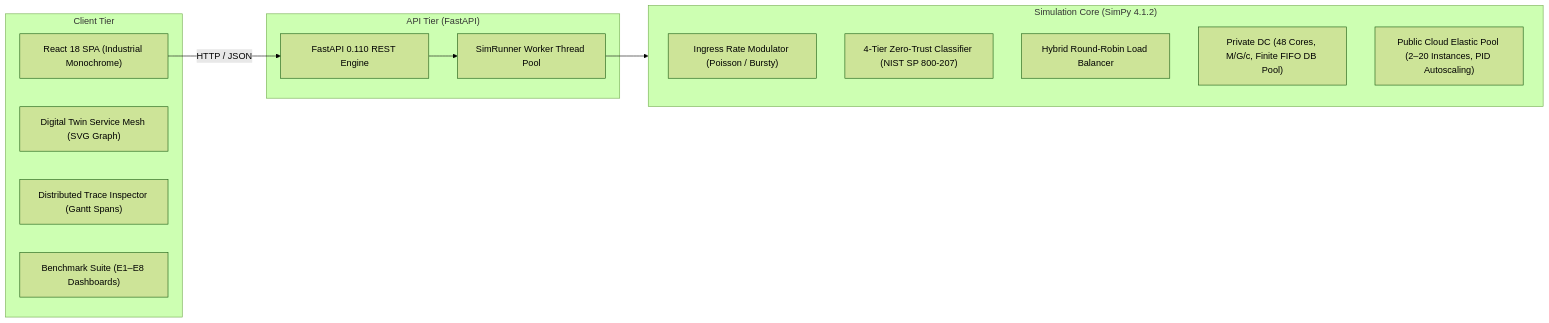
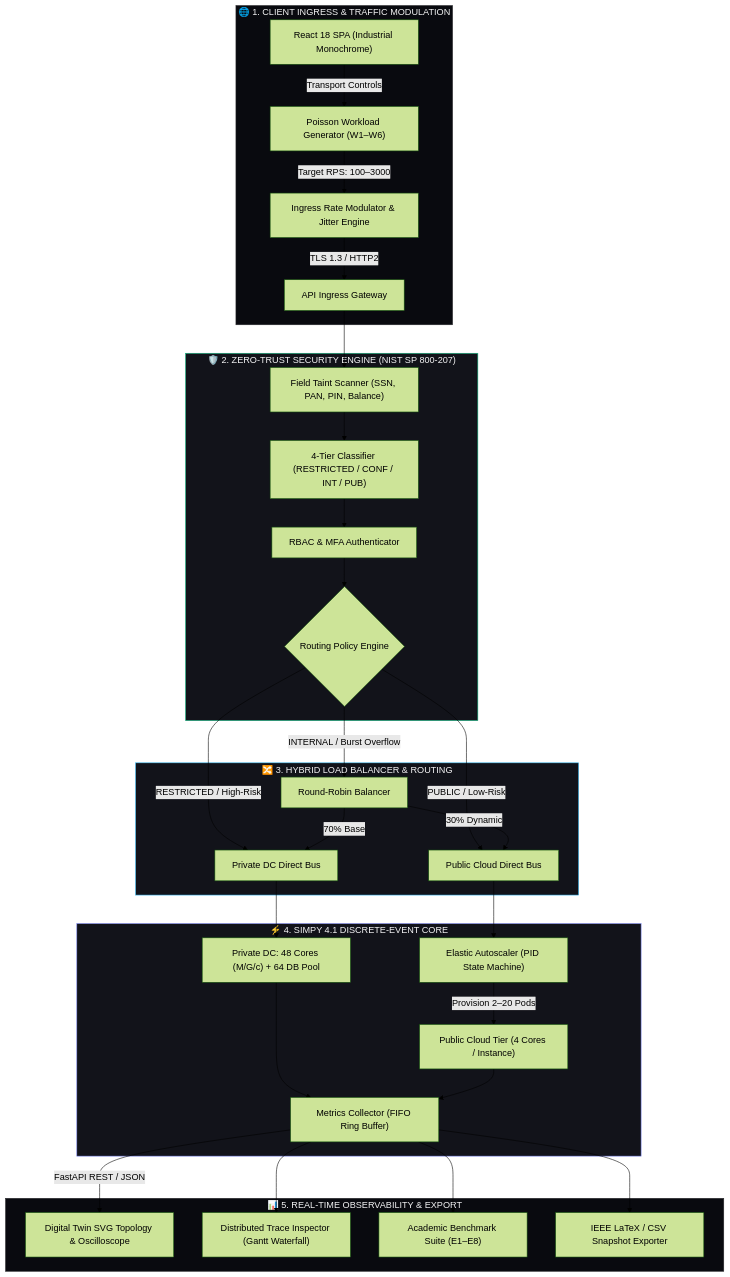
One commit to dhruv08varaiya/CC-Cipat changed the diagram in README.md. Above: the diagram before and after it, drawn with Mermaid (forest theme). The commit also changed other lines of this file, not shown here.

````diff
--- a/README.md
+++ b/README.md
@@ -11,26 +47,44 @@
 ```mermaid
-flowchart LR
-    subgraph Client["Client Tier"]
-        UI["React 18 SPA (Industrial Monochrome)"]
-        DT["Digital Twin Service Mesh (SVG Graph)"]
-        TR["Distributed Trace Inspector (Gantt Spans)"]
-        EXP["Benchmark Suite (E1–E8 Dashboards)"]
+flowchart TD
+    subgraph INGRESS["🌐 1. CLIENT INGRESS & TRAFFIC MODULATION"]
+        UI["React 18 SPA (Industrial Monochrome)"] -->|Transport Controls| GEN["Poisson Workload Generator (W1–W6)"]
+        GEN -->|Target RPS: 100–3000| MOD["Ingress Rate Modulator & Jitter Engine"]
+        MOD -->|TLS 1.3 / HTTP2| GW["API Ingress Gateway"]
     end
 
-    subgraph Server["API Tier (FastAPI)"]
-        API["FastAPI 0.110 REST Engine"]
-        SR["SimRunner Worker Thread Pool"]
+    subgraph SECURITY["🛡️ 2. ZERO-TRUST SECURITY ENGINE (NIST SP 800-207)"]
+        GW --> TAINT["Field Taint Scanner (SSN, PAN, PIN, Balance)"]
+        TAINT --> CLASSIFIER["4-Tier Classifier (RESTRICTED / CONF / INT / PUB)"]
+        CLASSIFIER --> RBAC["RBAC & MFA Authenticator"]
+        RBAC --> ROUTE_DECISION{"Routing Policy Engine"}
     end
 
-    subgraph Core["Simulation Core (SimPy 4.1.2)"]
-        ING["Ingress Rate Modulator (Poisson / Bursty)"]
-        SEC["4-Tier Zero-Trust Classifier (NIST SP 800-207)"]
-        ROU["Hybrid Round-Robin Load Balancer"]
-        PRI["Private DC (48 Cores, M/G/c, Finite FIFO DB Pool)"]
-        PUB["Public Cloud Elastic Pool (2–20 Instances, PID Autoscaling)"]
+    subgraph ROUTING["🔀 3. HYBRID LOAD BALANCER & ROUTING"]
+        ROUTE_DECISION -->|RESTRICTED / High-Risk| PRIV_ROUTE["Private DC Direct Bus"]
+        ROUTE_DECISION -->|PUBLIC / Low-Risk| PUB_ROUTE["Public Cloud Direct Bus"]
+        ROUTE_DECISION -->|INTERNAL / Burst Overflow| RR["Round-Robin Balancer"]
+        RR -->|70% Base| PRIV_ROUTE
+        RR -->|30% Dynamic| PUB_ROUTE
     end
 
-    UI -->|HTTP / JSON| API
-    API --> SR
-    SR --> Core
+    subgraph SIMULATION["⚡ 4. SIMPY 4.1 DISCRETE-EVENT CORE"]
+        PRIV_ROUTE --> PDC["Private DC: 48 Cores (M/G/c) + 64 DB Pool"]
+        PUB_ROUTE --> AUTO["Elastic Autoscaler (PID State Machine)"]
+        AUTO -->|Provision 2–20 Pods| PUB_POOL["Public Cloud Tier (4 Cores / Instance)"]
+        PDC --> TELEMETRY["Metrics Collector (FIFO Ring Buffer)"]
+        PUB_POOL --> TELEMETRY
+    end
+
+    subgraph OBSERVABILITY["📊 5. REAL-TIME OBSERVABILITY & EXPORT"]
+        TELEMETRY -->|FastAPI REST / JSON| TWIN["Digital Twin SVG Topology & Oscilloscope"]
+        TELEMETRY --> TRACE["Distributed Trace Inspector (Gantt Waterfall)"]
+        TELEMETRY --> EXP_VIEW["Academic Benchmark Suite (E1–E8)"]
+        TELEMETRY --> LATEX["IEEE LaTeX / CSV Snapshot Exporter"]
+    end
+
+    style INGRESS fill:#090A0F,stroke:#27272A,stroke-width:1px,color:#F4F4F5
+    style SECURITY fill:#12131A,stroke:#10B981,stroke-width:1px,color:#F4F4F5
+    style ROUTING fill:#12131A,stroke:#38BDF8,stroke-width:1px,color:#F4F4F5
+    style SIMULATION fill:#12131A,stroke:#818CF8,stroke-width:1px,color:#F4F4F5
+    style OBSERVABILITY fill:#090A0F,stroke:#27272A,stroke-width:1px,color:#F4F4F5
 ```
````
